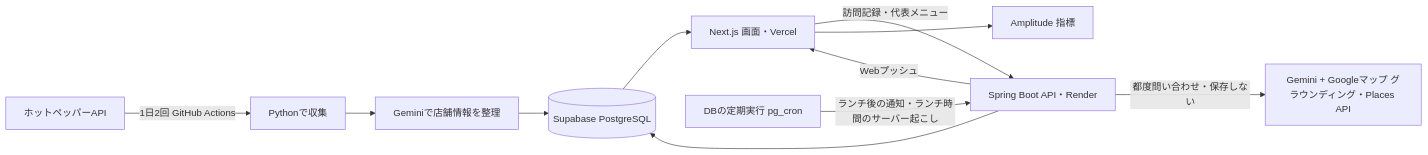
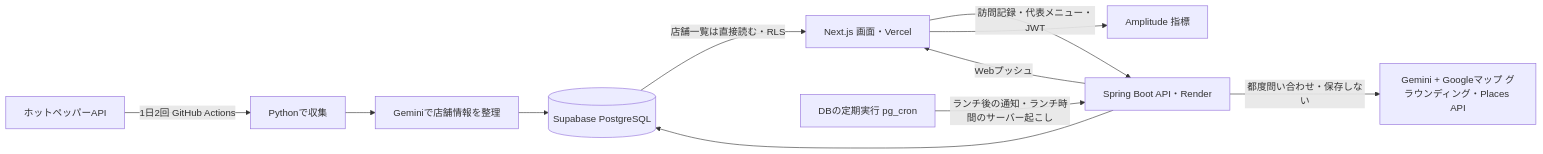
One commit to bettsLee/osaka_lunch_app changed the diagram in README.ja.md. Above: the diagram before and after it, drawn with Mermaid. The commit also changed other lines of this file and 1 other file, not shown here.

````diff
--- a/README.ja.md
+++ b/README.ja.md
@@ -45,13 +45,13 @@
 ```mermaid
 flowchart LR
   HP[ホットペッパーAPI] -->|1日2回 GitHub Actions| COL[Pythonで収集]
   COL --> AI[Geminiで店舗情報を整理]
   AI --> DB[(Supabase PostgreSQL)]
-  DB --> WEB[Next.js 画面・Vercel]
-  WEB -->|訪問記録・代表メニュー| API[Spring Boot API・Render]
+  DB -->|店舗一覧は直接読む・RLS| WEB[Next.js 画面・Vercel]
+  WEB -->|訪問記録・代表メニュー・JWT| API[Spring Boot API・Render]
   API --> DB
   API -->|都度問い合わせ・保存しない| GM[Gemini + Googleマップ グラウンディング・Places API]
   CRON[DBの定期実行 pg_cron] -->|ランチ後の通知・ランチ時間のサーバー起こし| API
   API -->|Webプッシュ| WEB
   WEB --> AMP[Amplitude 指標]
 ```
````
